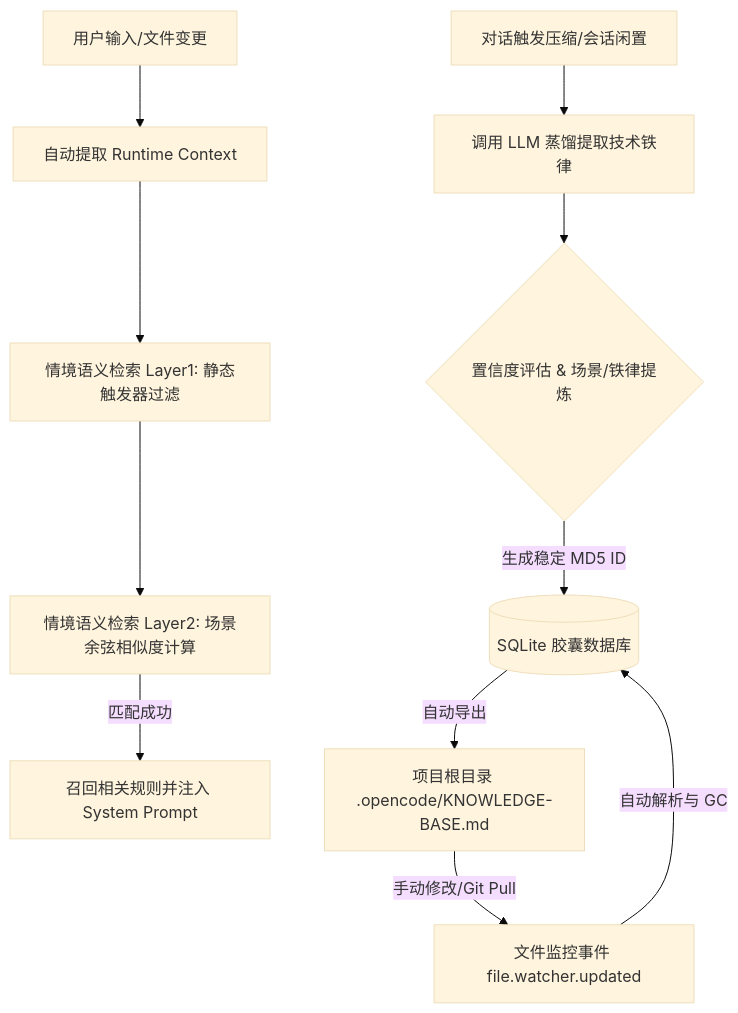
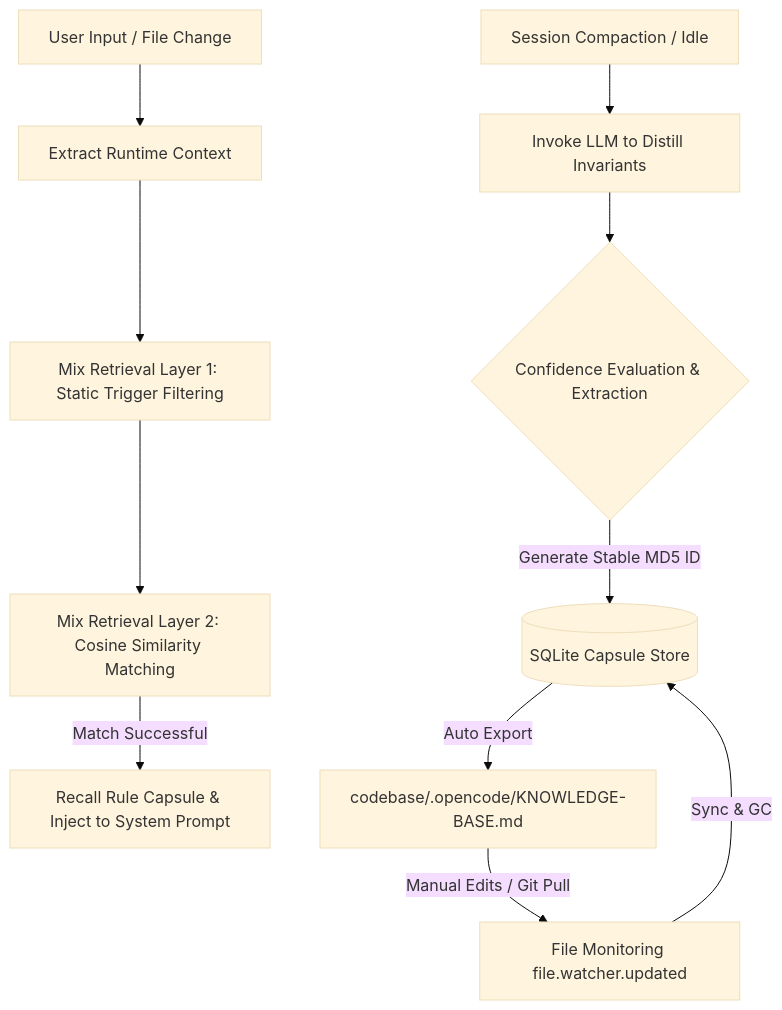
One commit to gyorkluu/opencode-plugin-memory-capsule changed the diagram in README.md. Above: the diagram before and after it, drawn with Mermaid (base theme). The commit also changed other lines of this file and 1 other file, not shown here.

````diff
--- a/README.md
+++ b/README.md
@@ -13,14 +13,14 @@
 ```mermaid
 graph TD
-    A[用户输入/文件变更] --> B[自动提取 Runtime Context]
-    B --> C[情境语义检索 Layer1: 静态触发器过滤]
-    C --> D[情境语义检索 Layer2: 场景余弦相似度计算]
-    D -->|匹配成功| E[召回相关规则并注入 System Prompt]
+    A[User Input / File Change] --> B[Extract Runtime Context]
+    B --> C[Mix Retrieval Layer 1: Static Trigger Filtering]
+    C --> D[Mix Retrieval Layer 2: Cosine Similarity Matching]
+    D -->|Match Successful| E[Recall Rule Capsule & Inject to System Prompt]
     
-    F[对话触发压缩/会话闲置] --> G[调用 LLM 蒸馏提取技术铁律]
-    G --> H{置信度评估 & 场景/铁律提炼}
-    H -->|生成稳定 MD5 ID| I[(SQLite 胶囊数据库)]
-    I -->|自动导出| J[项目根目录 .opencode/KNOWLEDGE-BASE.md]
-    J -->|手动修改/Git Pull| K[文件监控事件 file.watcher.updated]
-    K -->|自动解析与 GC| I
+    F[Session Compaction / Idle] --> G[Invoke LLM to Distill Invariants]
+    G --> H{Confidence Evaluation & Extraction}
+    H -->|Generate Stable MD5 ID| I[(SQLite Capsule Store)]
+    I -->|Auto Export| J[codebase/.opencode/KNOWLEDGE-BASE.md]
+    J -->|Manual Edits / Git Pull| K[File Monitoring file.watcher.updated]
+    K -->|Sync & GC| I
 ```
````
